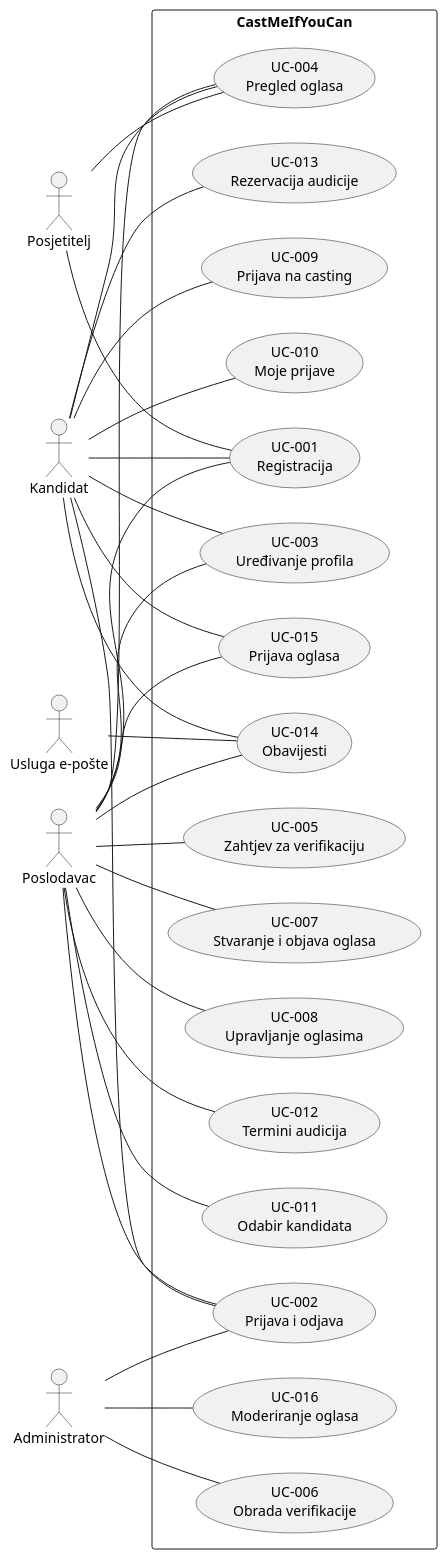
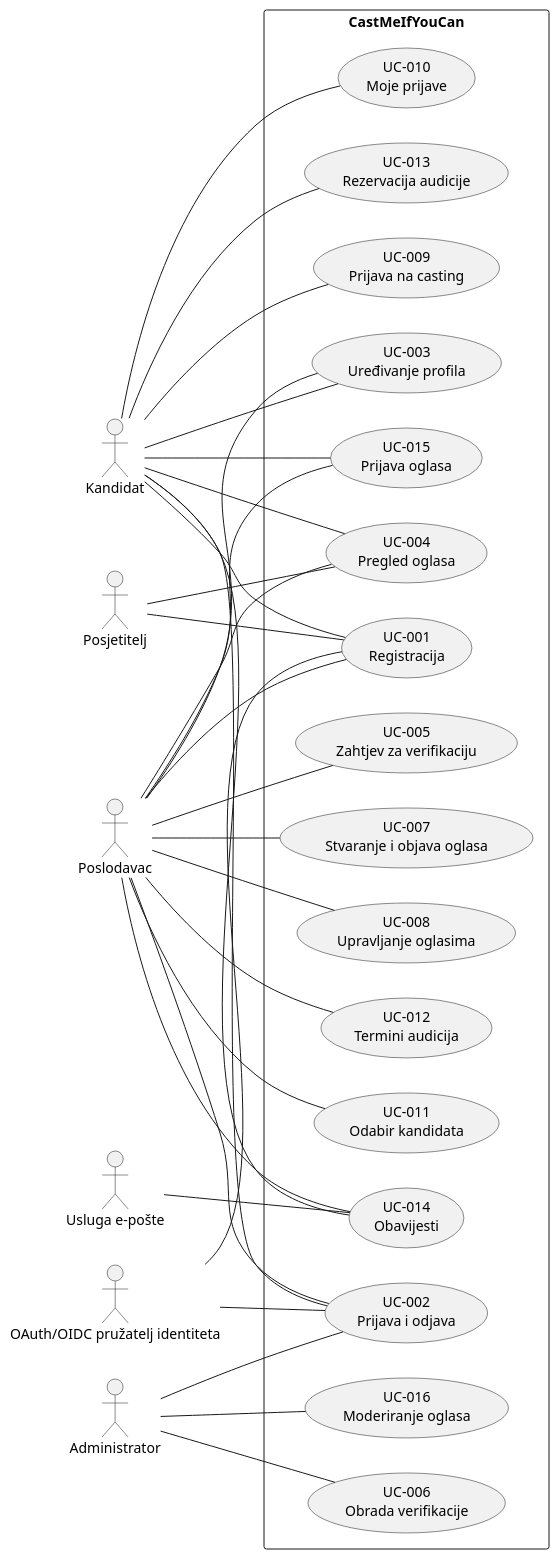
One commit to paolabbradaric/grupa122 changed the diagram in docs/puml/3-1-castmeifyoucan-system-UC.puml. Above: the diagram before and after it, drawn with PlantUML.

Commit message:
docs: dodaj OAuth/OIDC pružatelja u UML dijagram

```diff
--- a/docs/puml/3-1-castmeifyoucan-system-UC.puml
+++ b/docs/puml/3-1-castmeifyoucan-system-UC.puml
@@ -1,60 +1,63 @@
 @startuml
 left to right direction
 skinparam packageStyle rectangle
 
 actor "Posjetitelj" as Gost
 actor "Kandidat" as Kandidat
 actor "Poslodavac" as Poslodavac
 actor "Administrator" as Admin
 actor "Usluga e-pošte" as Email
+actor "OAuth/OIDC pružatelj identiteta" as IdP
 
 rectangle "CastMeIfYouCan" {
   usecase "UC-001\nRegistracija" as UC001
   usecase "UC-002\nPrijava i odjava" as UC002
   usecase "UC-003\nUređivanje profila" as UC003
   usecase "UC-004\nPregled oglasa" as UC004
   usecase "UC-005\nZahtjev za verifikaciju" as UC005
   usecase "UC-006\nObrada verifikacije" as UC006
   usecase "UC-007\nStvaranje i objava oglasa" as UC007
   usecase "UC-008\nUpravljanje oglasima" as UC008
   usecase "UC-009\nPrijava na casting" as UC009
   usecase "UC-010\nMoje prijave" as UC010
   usecase "UC-011\nOdabir kandidata" as UC011
   usecase "UC-012\nTermini audicija" as UC012
   usecase "UC-013\nRezervacija audicije" as UC013
   usecase "UC-014\nObavijesti" as UC014
   usecase "UC-015\nPrijava oglasa" as UC015
   usecase "UC-016\nModeriranje oglasa" as UC016
 }
 
 Gost -- UC001
 Gost -- UC004
 
 Kandidat -- UC001
 Kandidat -- UC002
 Kandidat -- UC003
 Kandidat -- UC004
 Kandidat -- UC009
 Kandidat -- UC010
 Kandidat -- UC013
 Kandidat -- UC014
 Kandidat -- UC015
 
 Poslodavac -- UC001
 Poslodavac -- UC002
 Poslodavac -- UC003
 Poslodavac -- UC004
 Poslodavac -- UC005
 Poslodavac -- UC007
 Poslodavac -- UC008
 Poslodavac -- UC011
 Poslodavac -- UC012
 Poslodavac -- UC014
 Poslodavac -- UC015
 
 Admin -- UC002
 Admin -- UC006
 Admin -- UC016
 
 Email -- UC014
+IdP -- UC001
+IdP -- UC002
 @enduml
```
